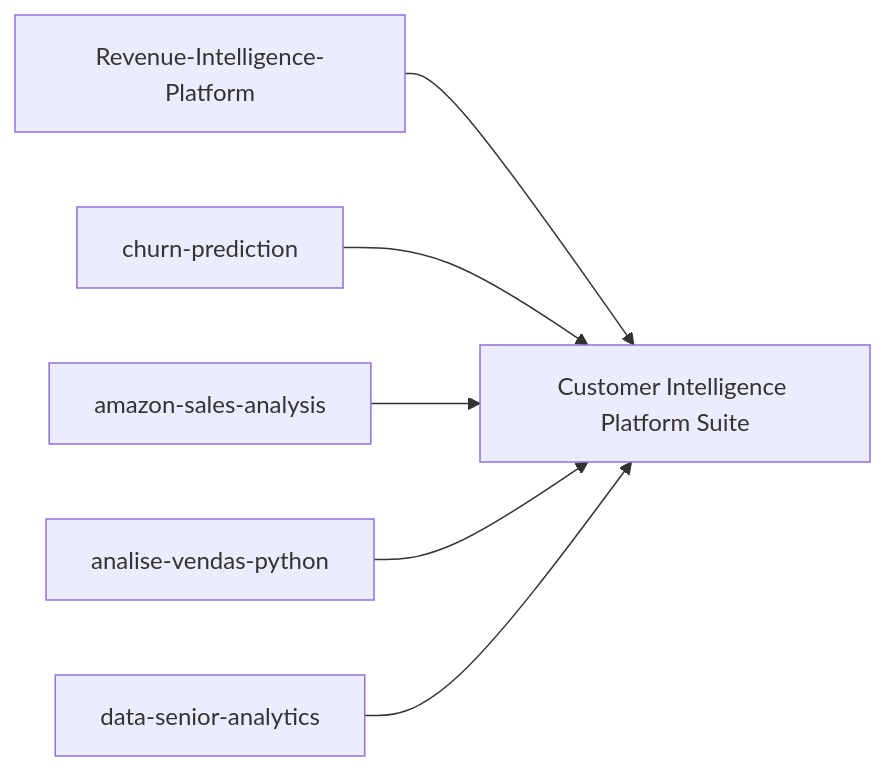
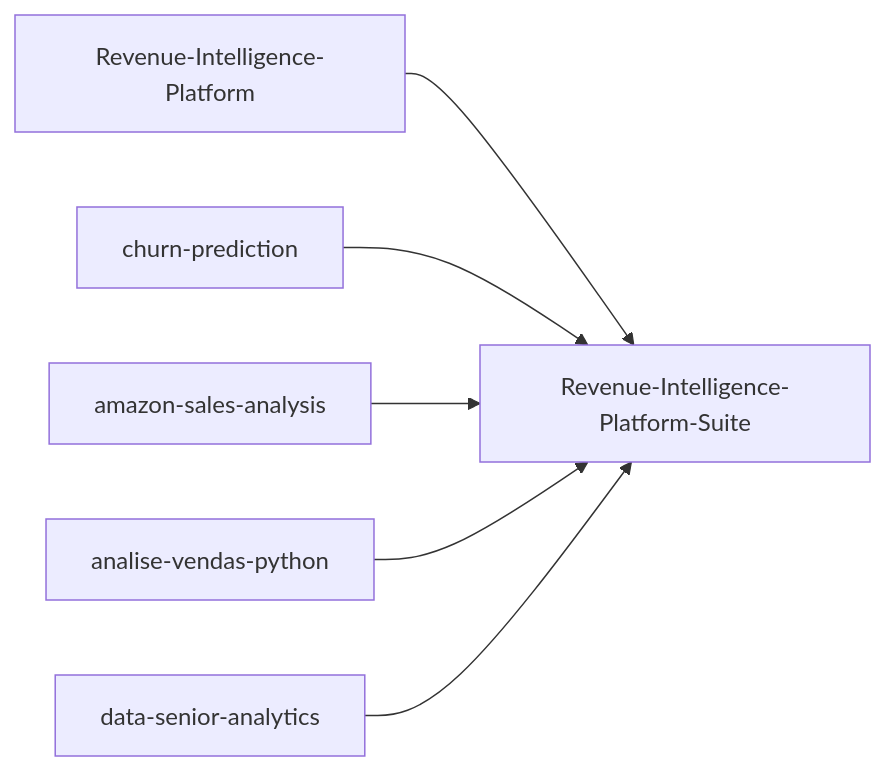
The second of 2 diagrams in README.md (samuelmaia-data-analyst/revenue-intelligence-platform-suite), drawn with Mermaid before and after one commit. The commit also changed other lines of this file and 1 other file, not shown here.

Commit message:
docs: rename platform title to Revenue-Intelligence-Platform-Suite

````diff
--- a/README.md
+++ b/README.md
@@ -52,8 +52,8 @@
 ```mermaid
 flowchart LR
-  R1[Revenue-Intelligence-Platform] --> P[Customer Intelligence Platform Suite]
+  R1[Revenue-Intelligence-Platform] --> P[Revenue-Intelligence-Platform-Suite]
   R2[churn-prediction] --> P
   R3[amazon-sales-analysis] --> P
   R4[analise-vendas-python] --> P
   R5[data-senior-analytics] --> P
 ```
````
